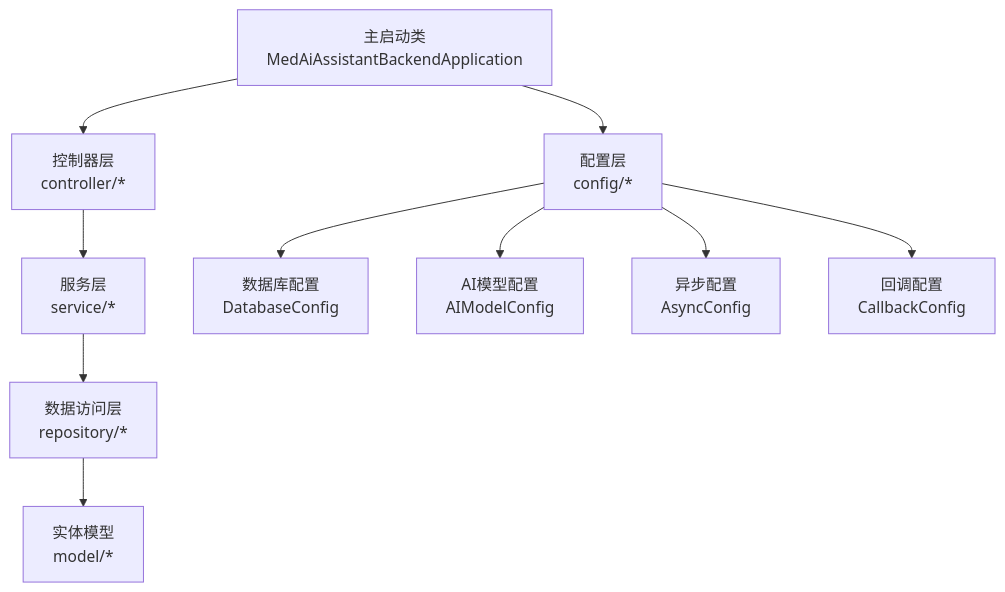
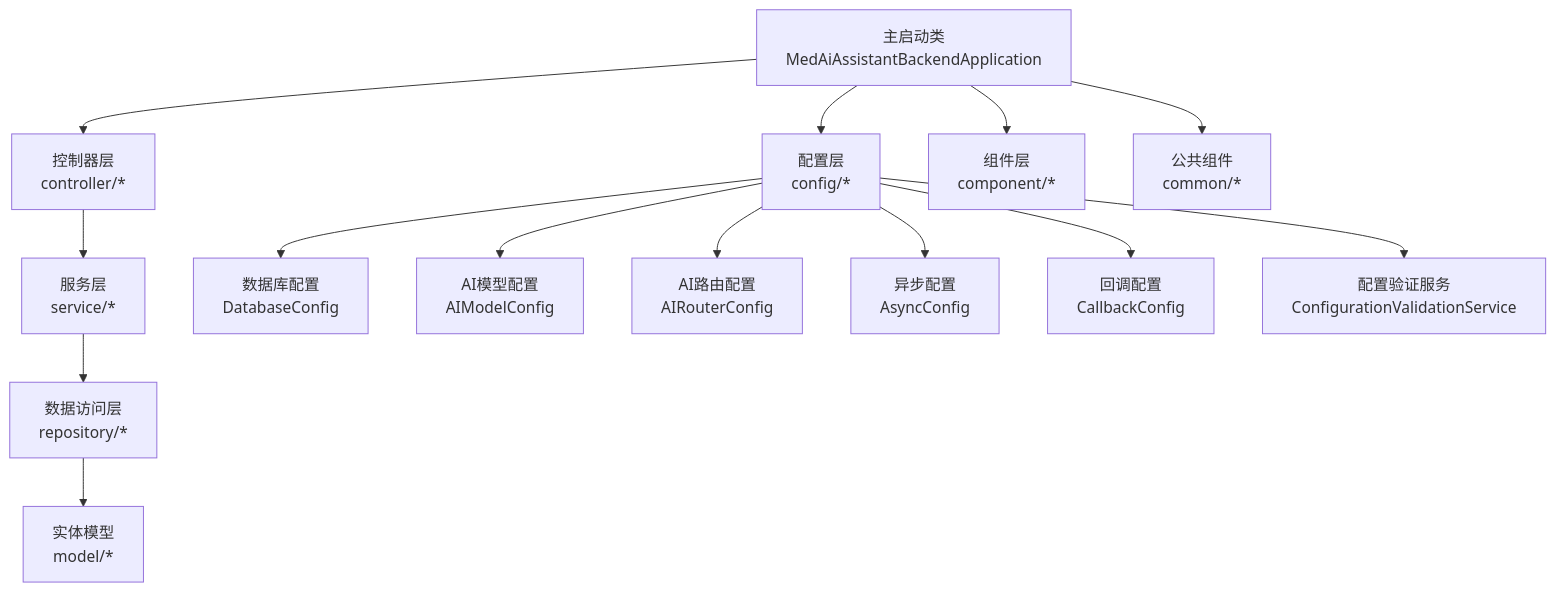
One commit to liuzh2008/med_ai_assistant_workspace changed the first of 7 diagrams in .qoder/repowiki/zh/content/项目概述.md. Above: the diagram before and after it, drawn with Mermaid. The commit also changed other lines of this file and 2 other files, not shown here.

````diff
--- a/.qoder/repowiki/zh/content/项目概述.md
+++ b/.qoder/repowiki/zh/content/项目概述.md
@@ -40,12 +56,16 @@
 ```mermaid
 graph TB
 A["主启动类<br/>MedAiAssistantBackendApplication"] --> B["配置层<br/>config/*"]
 A --> C["控制器层<br/>controller/*"]
-C --> D["服务层<br/>service/*"]
-D --> E["数据访问层<br/>repository/*"]
-E --> F["实体模型<br/>model/*"]
-B --> G["数据库配置<br/>DatabaseConfig"]
-B --> H["AI模型配置<br/>AIModelConfig"]
-B --> I["异步配置<br/>AsyncConfig"]
-B --> J["回调配置<br/>CallbackConfig"]
+A --> D["组件层<br/>component/*"]
+A --> E["公共组件<br/>common/*"]
+C --> F["服务层<br/>service/*"]
+F --> G["数据访问层<br/>repository/*"]
+G --> H["实体模型<br/>model/*"]
+B --> I["数据库配置<br/>DatabaseConfig"]
+B --> J["AI模型配置<br/>AIModelConfig"]
+B --> K["AI路由配置<br/>AIRouterConfig"]
+B --> L["异步配置<br/>AsyncConfig"]
+B --> M["回调配置<br/>CallbackConfig"]
+B --> N["配置验证服务<br/>ConfigurationValidationService"]
 ```
````
